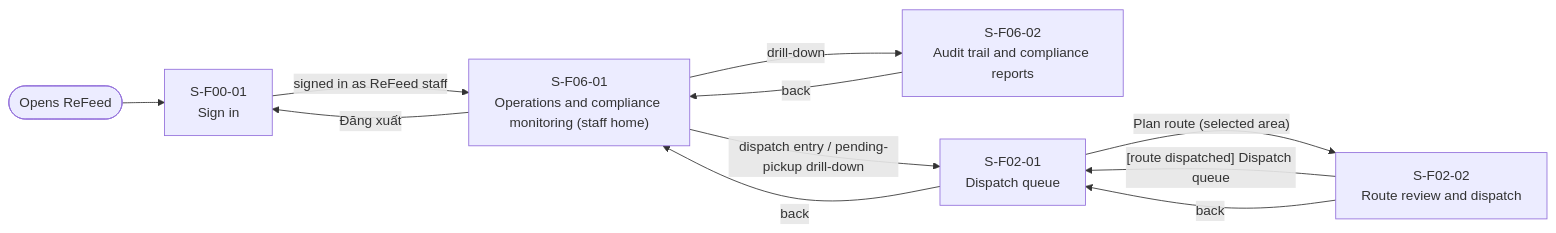
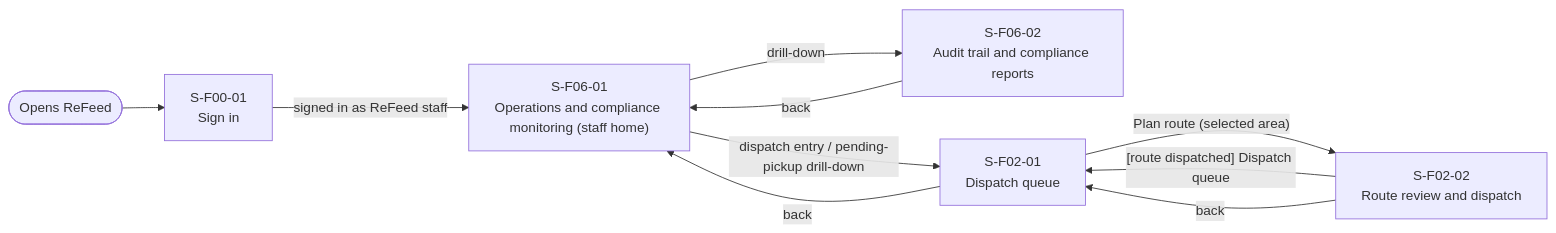
One commit to thuyvicbh-alt/DBIZ2---GROUP-D changed the fourth of 4 diagrams in docs/external-design/screen-transition.md. Above: the diagram before and after it, drawn with Mermaid. The commit also changed other lines of this file, not shown here.

````diff
--- a/docs/external-design/screen-transition.md
+++ b/docs/external-design/screen-transition.md
@@ -110,19 +107,18 @@
 ```mermaid
 flowchart LR
   entry(["Opens ReFeed"])
   S00_01["S-F00-01<br>Sign in"]
   S06_01["S-F06-01<br>Operations and compliance monitoring (staff home)"]
   S06_02["S-F06-02<br>Audit trail and compliance reports"]
   S02_01["S-F02-01<br>Dispatch queue"]
   S02_02["S-F02-02<br>Route review and dispatch"]
   entry --> S00_01
   S00_01 -->|"signed in as ReFeed staff"| S06_01
   S06_01 -->|"dispatch entry / pending-pickup drill-down"| S02_01
   S06_01 -->|"drill-down"| S06_02
-  S06_01 -->|"Đăng xuất"| S00_01
   S02_01 -->|"Plan route (selected area)"| S02_02
   S02_01 -->|"back"| S06_01
   S02_02 -->|"[route dispatched] Dispatch queue"| S02_01
   S02_02 -->|"back"| S02_01
   S06_02 -->|"back"| S06_01
 ```
````
